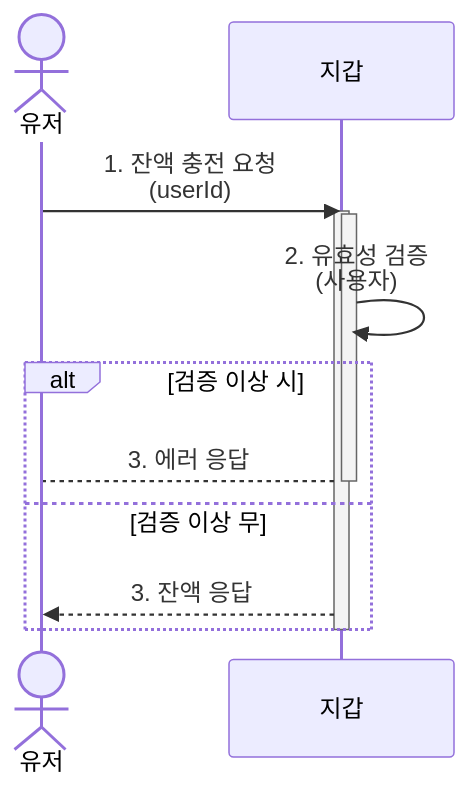
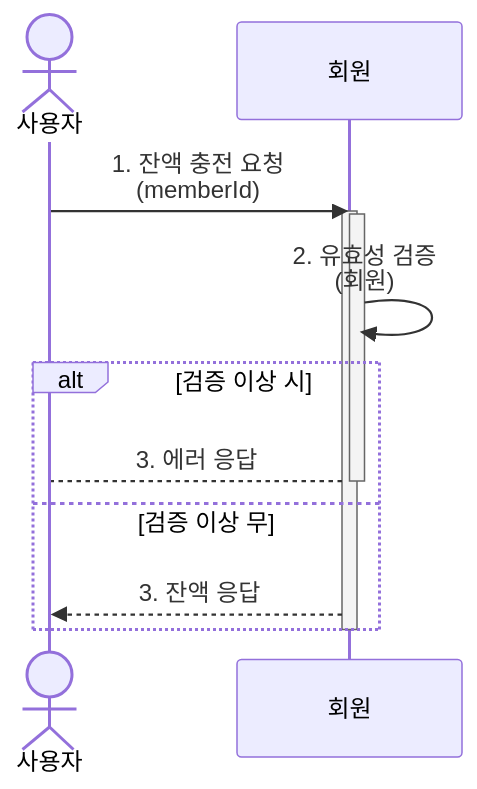
One commit to psyoongsc/hhplus-ts-server changed the sixth of 15 diagrams in docs/sequence_diagram.md. Above: the diagram before and after it, drawn with Mermaid. The commit also changed other lines of this file, not shown here.

````diff
--- a/docs/sequence_diagram.md
+++ b/docs/sequence_diagram.md
@@ -107,20 +107,20 @@
         ```mermaid
         sequenceDiagram
-            actor User as 유저
-            participant Wallet as 지갑
+            actor User as 사용자
+            participant Member as 회원
         
-            User->>Wallet: 1. 잔액 충전 요청<br/>(userId)
-            Activate Wallet
+            User->>Member: 1. 잔액 충전 요청<br/>(memberId)
+            Activate Member
         
-        		Activate Wallet
-                 Wallet->>Wallet: 2. 유효성 검증<br/>(사용자)
+        		Activate Member
+                 Member->>Member: 2. 유효성 검증<br/>(회원)
                  
                  alt 검증 이상 시
-                     Wallet-->User: 3. 에러 응답
-                 Deactivate Wallet
+                     Member-->User: 3. 에러 응답
+                 Deactivate Member
             else 검증 이상 무
-                 Wallet-->>User: 3. 잔액 응답
+                 Member-->>User: 3. 잔액 응답
             End
         
-            Deactivate Wallet
+            Deactivate Member
         ```
````
